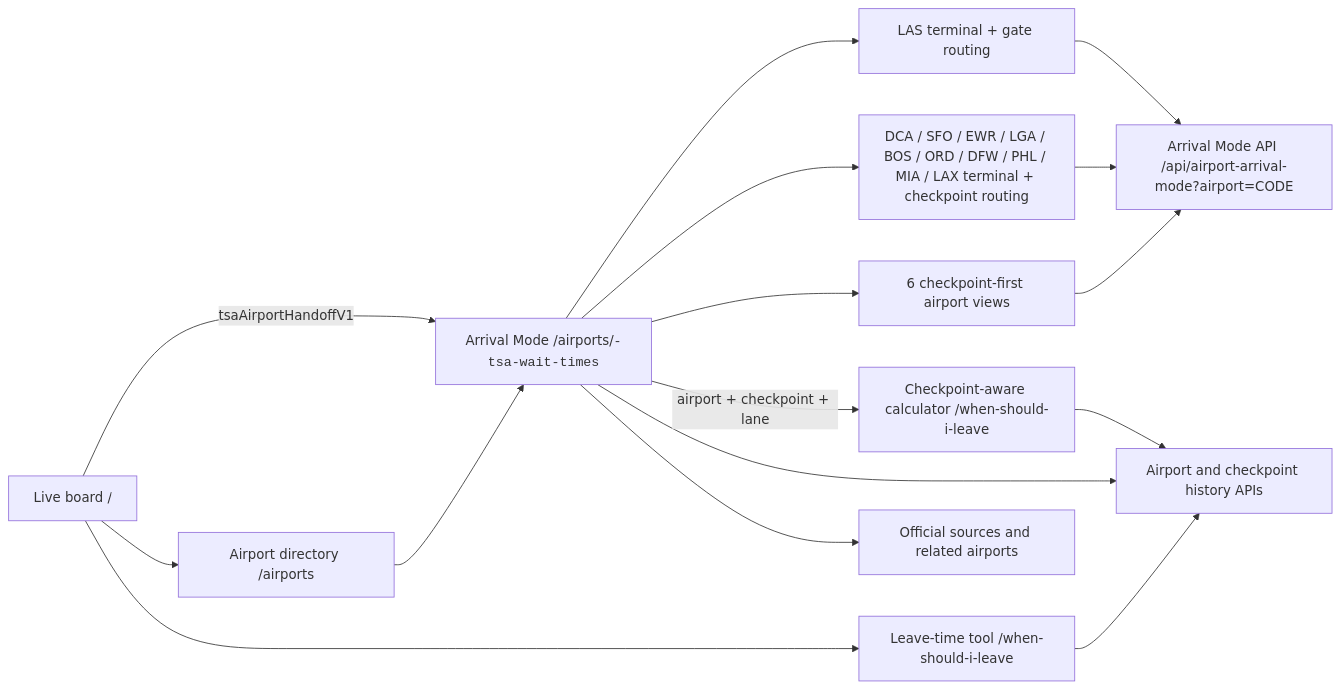
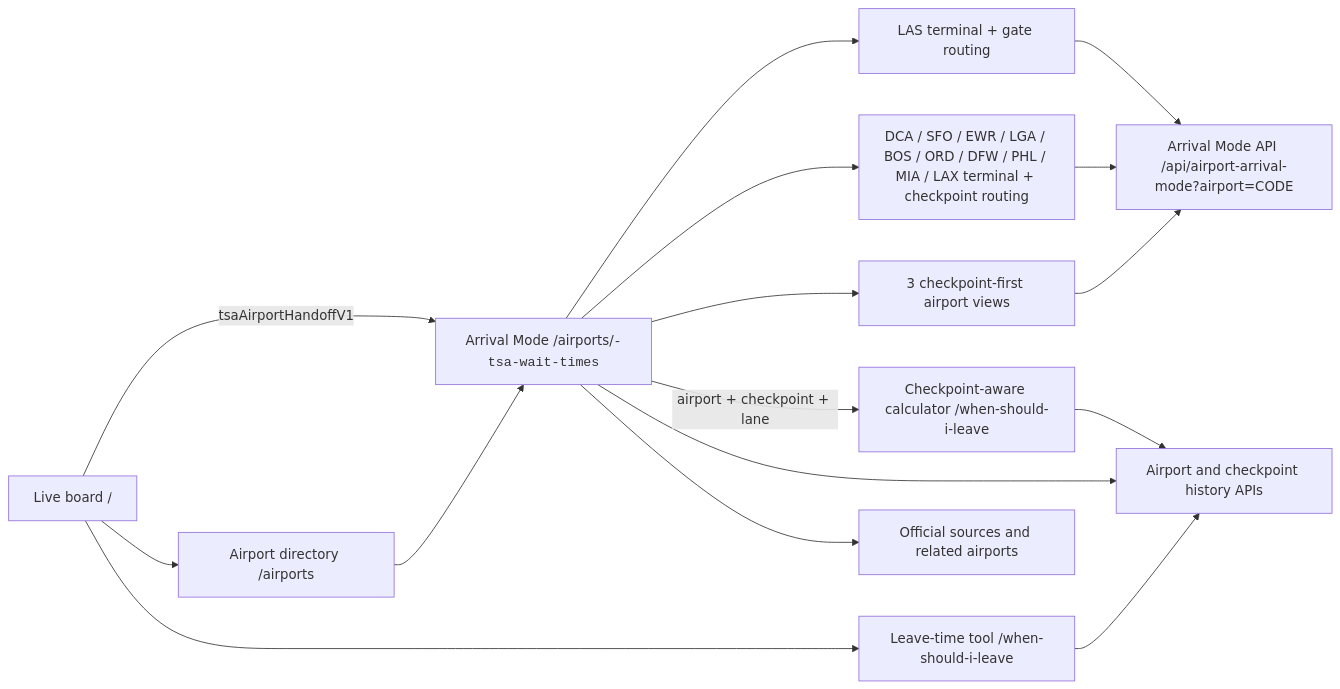
Before and after one commit to benbirkhahn/Tsatracker.com: the diagram in docs/wayfinding-atlas-redesign.md, drawn with Mermaid. The commit also changed other lines of this file and 3 other files, not shown here.

````diff
--- a/docs/wayfinding-atlas-redesign.md
+++ b/docs/wayfinding-atlas-redesign.md
@@ -50,18 +50,18 @@
 ```mermaid
 flowchart LR
   Home["Live board /"] -->|"tsaAirportHandoffV1"| Arrival["Arrival Mode /airports/<code>-tsa-wait-times"]
   Home --> Directory["Airport directory /airports"]
   Home --> Calculator["Leave-time tool /when-should-i-leave"]
   Directory --> Arrival
   Arrival --> LAS["LAS terminal + gate routing"]
   Arrival --> TerminalCheckpoint["DCA / SFO / EWR / LGA / BOS / ORD / DFW / PHL / MIA / LAX terminal + checkpoint routing"]
-  Arrival --> Generic["6 checkpoint-first airport views"]
+  Arrival --> Generic["3 checkpoint-first airport views"]
   LAS --> ArrivalAPI["Arrival Mode API /api/airport-arrival-mode?airport=CODE"]
   TerminalCheckpoint --> ArrivalAPI
   Generic --> ArrivalAPI
   Arrival -->|"airport + checkpoint + lane"| CheckpointCalculator["Checkpoint-aware calculator /when-should-i-leave"]
   CheckpointCalculator --> History["Airport and checkpoint history APIs"]
   Arrival --> History
   Calculator --> History
   Arrival --> Guides["Official sources and related airports"]
 ```
````
